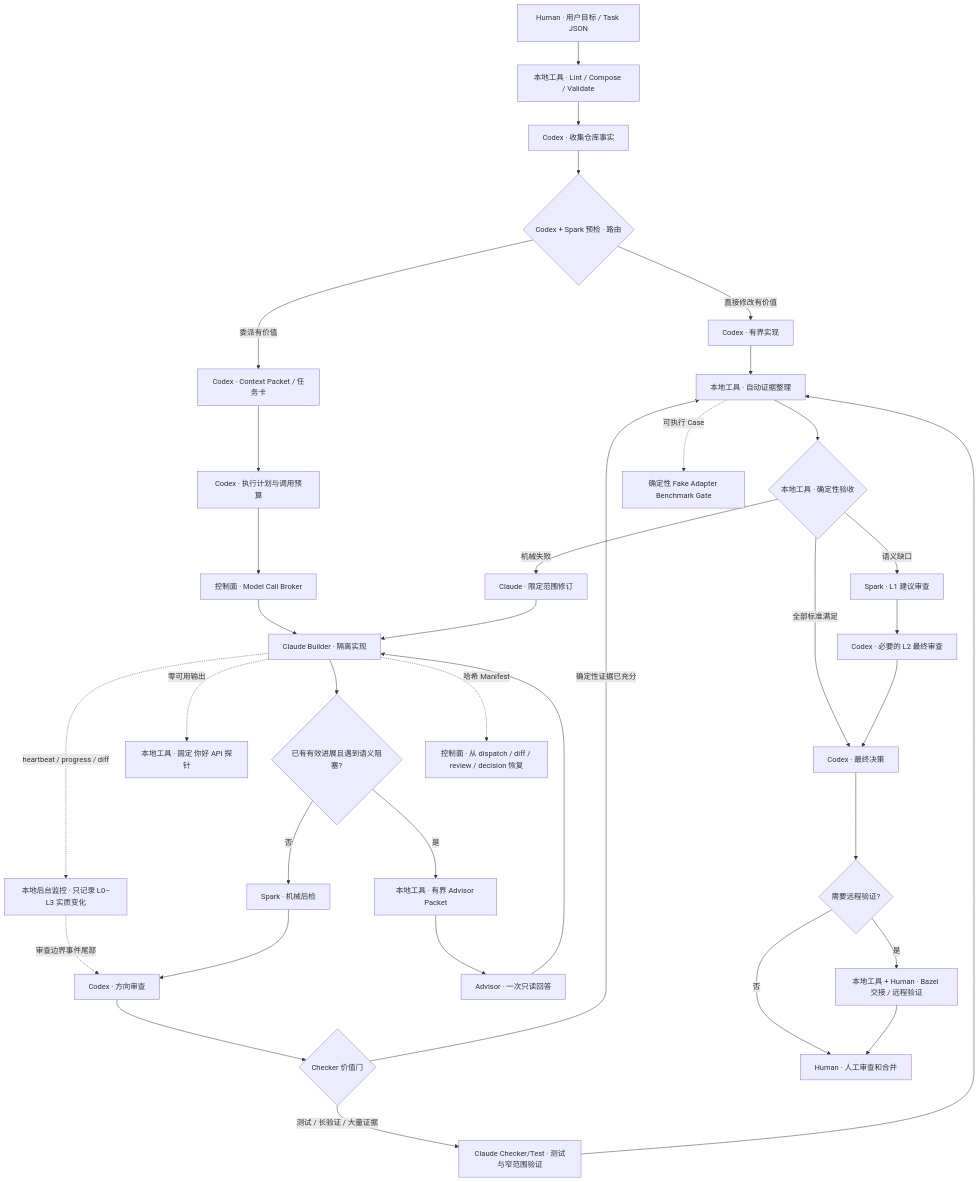
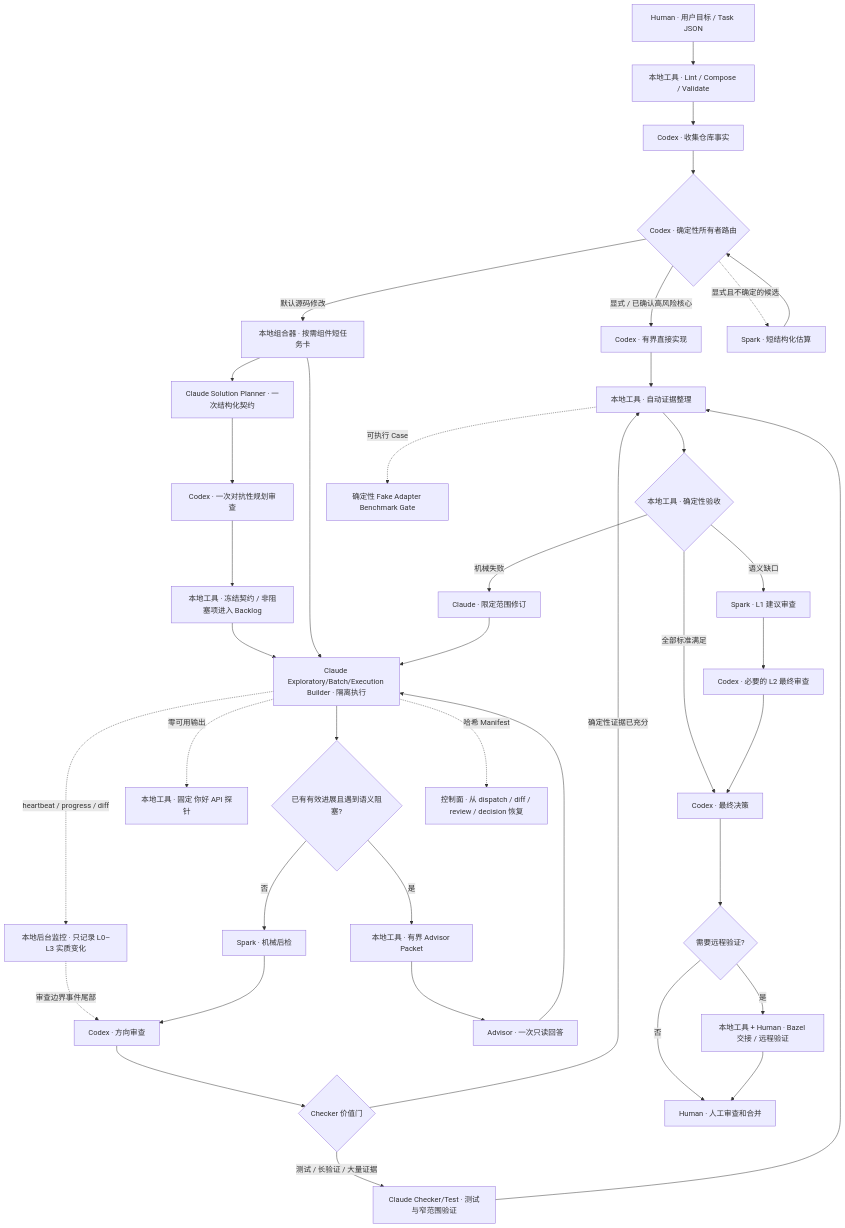
One commit to luozj1020/ai-coding-workflow changed the diagram in README_CN.md. Above: the diagram before and after it, drawn with Mermaid. The commit also changed other lines of this file and 77 other files, not shown here.

````diff
--- a/README_CN.md
+++ b/README_CN.md
@@ -55,38 +83,42 @@
 ```mermaid
 flowchart TD
     U[Human · 用户目标 / Task JSON] --> L[本地工具 · Lint / Compose / Validate]
     L --> F[Codex · 收集仓库事实]
-    F --> R{Codex + Spark 预检 · 路由}
-    R -- 直接修改有价值 --> CD[Codex · 有界实现]
+    F --> R{Codex · 确定性所有者路由}
+    R -- 显式 / 已确认高风险核心 --> CD[Codex · 有界直接实现]
     CD --> E
-    R -- 委派有价值 --> C[Codex · Context Packet / 任务卡]
-    C --> P[Codex · 执行计划与调用预算]
-    P --> B[控制面 · Model Call Broker]
-    B --> D[Claude Builder · 隔离实现]
+    R -- 默认源码修改 --> C[本地组合器 · 按需组件短任务卡]
+    C --> CPL[Claude Solution Planner · 一次结构化契约]
+    CPL --> CAR[Codex · 一次对抗性规划审查]
+    CAR --> CF[本地工具 · 冻结契约 / 非阻塞项进入 Backlog]
+    CF --> D
+    C --> D[Claude Exploratory/Batch/Execution Builder · 隔离执行]
+    R -. 显式且不确定的候选 .-> S0[Spark · 短结构化估算]
+    S0 --> R
     D -. heartbeat / progress / diff .-> MON[本地后台监控 · 只记录 L0–L3 实质变化]
     MON -. 审查边界事件尾部 .-> CR
     D --> Q{已有有效进展且遇到语义阻塞?}
     Q -- 否 --> SP[Spark · 机械后检]
     Q -- 是 --> AP[本地工具 · 有界 Advisor Packet]
     AP --> AV[Advisor · 一次只读回答]
     AV --> D
     D -. 零可用输出 .-> HP[本地工具 · 固定 你好 API 探针]
     SP --> CR[Codex · 方向审查]
     CR --> CV{Checker 价值门}
     CV -- 确定性证据已充分 --> E
     CV -- 测试 / 长验证 / 大量证据 --> CT[Claude Checker/Test · 测试与窄范围验证]
     CT --> E[本地工具 · 自动证据整理]
     E --> A{本地工具 · 确定性验收}
     A -- 机械失败 --> LR[Claude · 限定范围修订]
     A -- 语义缺口 --> S[Spark · L1 建议审查]
     S --> X[Codex · 必要的 L2 最终审查]
     A -- 全部标准满足 --> FD[Codex · 最终决策]
     X --> FD
     LR --> D
     FD --> H{需要远程验证?}
     H -- 是 --> RH[本地工具 + Human · Bazel 交接 / 远程验证]
     H -- 否 --> M[Human · 人工审查和合并]
     RH --> M
     D -. 哈希 Manifest .-> RS[控制面 · 从 dispatch / diff / review / decision 恢复]
     E -. 可执行 Case .-> BM[确定性 Fake Adapter Benchmark Gate]
 ```
````
